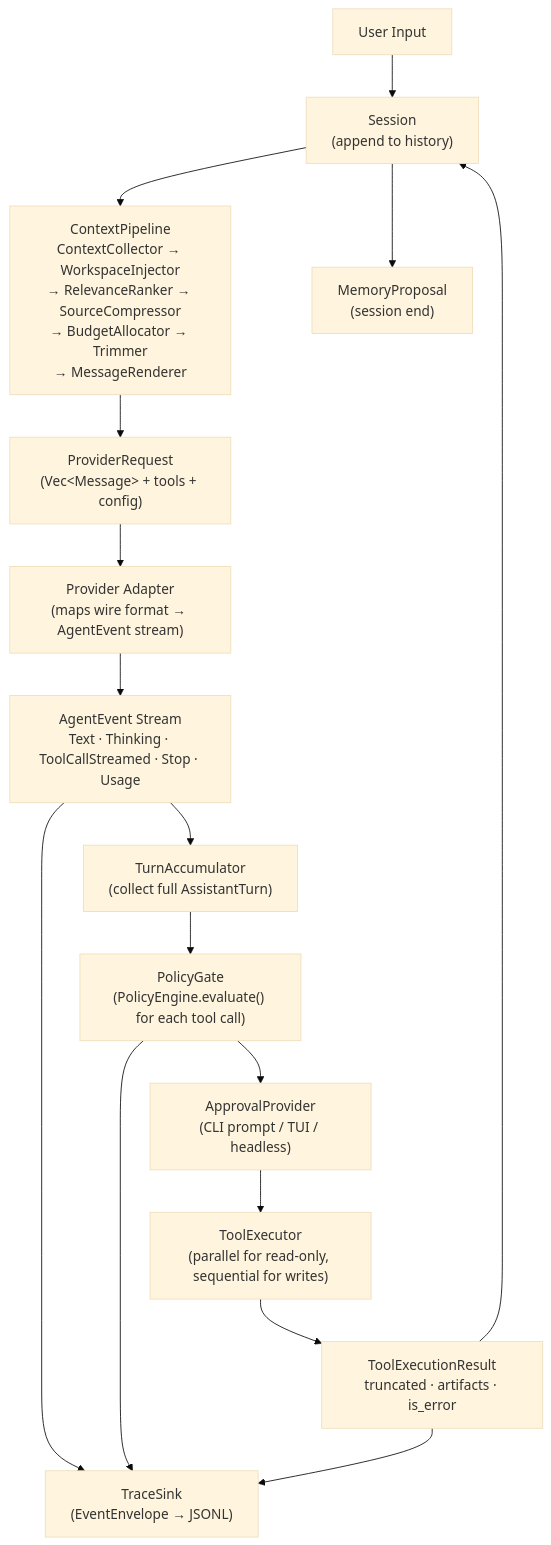
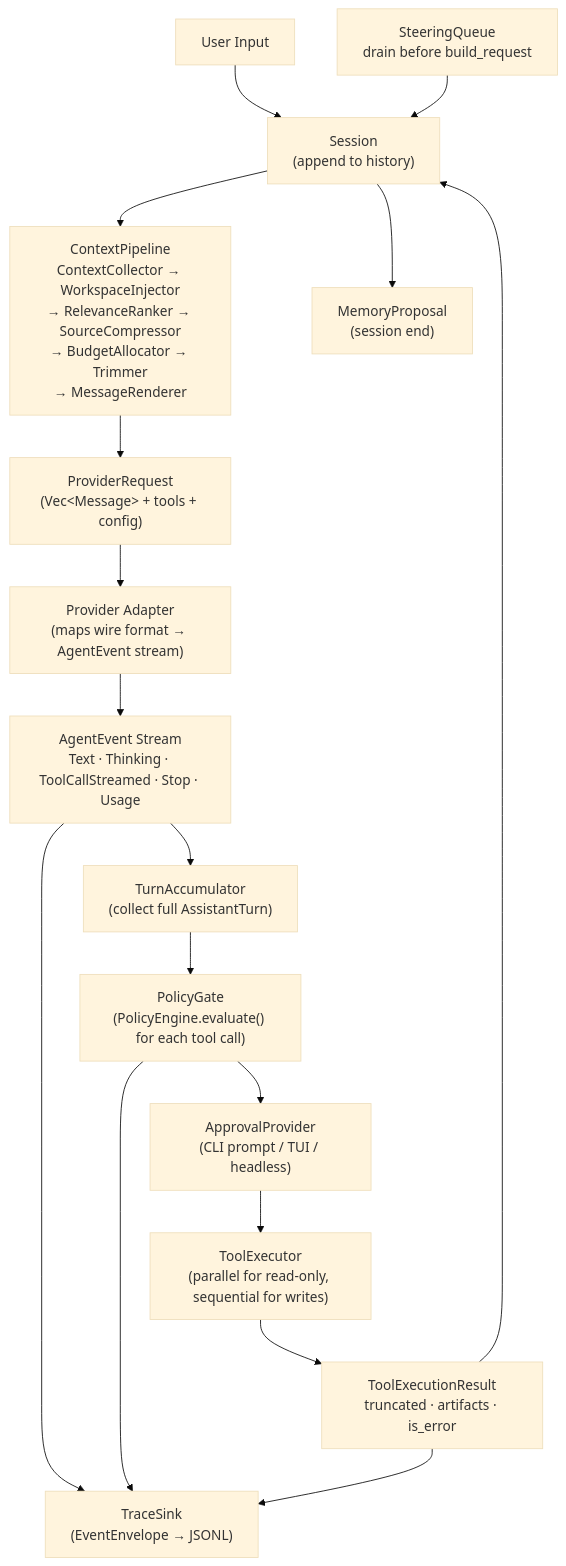
One commit to woshi517/gestalt-harness changed the fourth of 11 diagrams in docs/gestalt-harness-architecture.md. Above: the diagram before and after it, drawn with Mermaid (base theme). The commit also changed other lines of this file and 46 other files, not shown here.

````diff
--- a/docs/gestalt-harness-architecture.md
+++ b/docs/gestalt-harness-architecture.md
@@ -355,30 +369,32 @@
 ```mermaid
 flowchart TD
     UserInput["User Input"] --> Session["Session<br>(append to history)"]
+
+    SteeringQueue["SteeringQueue<br>drain before build_request"] --> Session
 
     Session --> ContextPipeline["ContextPipeline<br>ContextCollector → WorkspaceInjector<br>→ RelevanceRanker → SourceCompressor<br>→ BudgetAllocator → Trimmer<br>→ MessageRenderer"]
 
     ContextPipeline --> ProviderRequest["ProviderRequest<br>(Vec&lt;Message&gt; + tools + config)"]
 
     ProviderRequest --> ProviderAdapter["Provider Adapter<br>(maps wire format → AgentEvent stream)"]
 
     ProviderAdapter --> EventStream["AgentEvent Stream<br>Text · Thinking · ToolCallStreamed · Stop · Usage"]
 
     EventStream --> TurnAccumulator["TurnAccumulator<br>(collect full AssistantTurn)"]
 
     TurnAccumulator --> PolicyGate["PolicyGate<br>(PolicyEngine.evaluate() for each tool call)"]
 
     PolicyGate --> ApprovalProvider["ApprovalProvider<br>(CLI prompt / TUI / headless)"]
 
     ApprovalProvider --> ToolExecutor["ToolExecutor<br>(parallel for read-only, sequential for writes)"]
 
     ToolExecutor --> ToolExecutionResult["ToolExecutionResult<br>truncated · artifacts · is_error"]
 
     ToolExecutionResult --> Session
 
     EventStream --> TraceWriter["TraceSink<br>(EventEnvelope → JSONL)"]
     PolicyGate --> TraceWriter
     ToolExecutionResult --> TraceWriter
 
     Session --> MemoryProposal["MemoryProposal<br>(session end)"]
 ```
````
